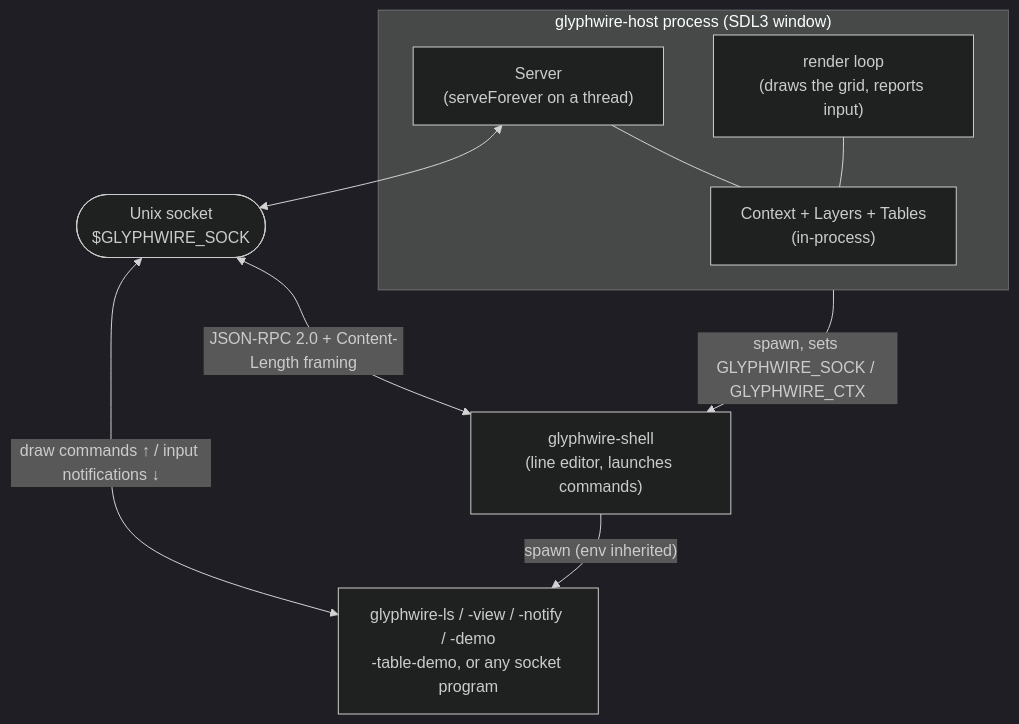
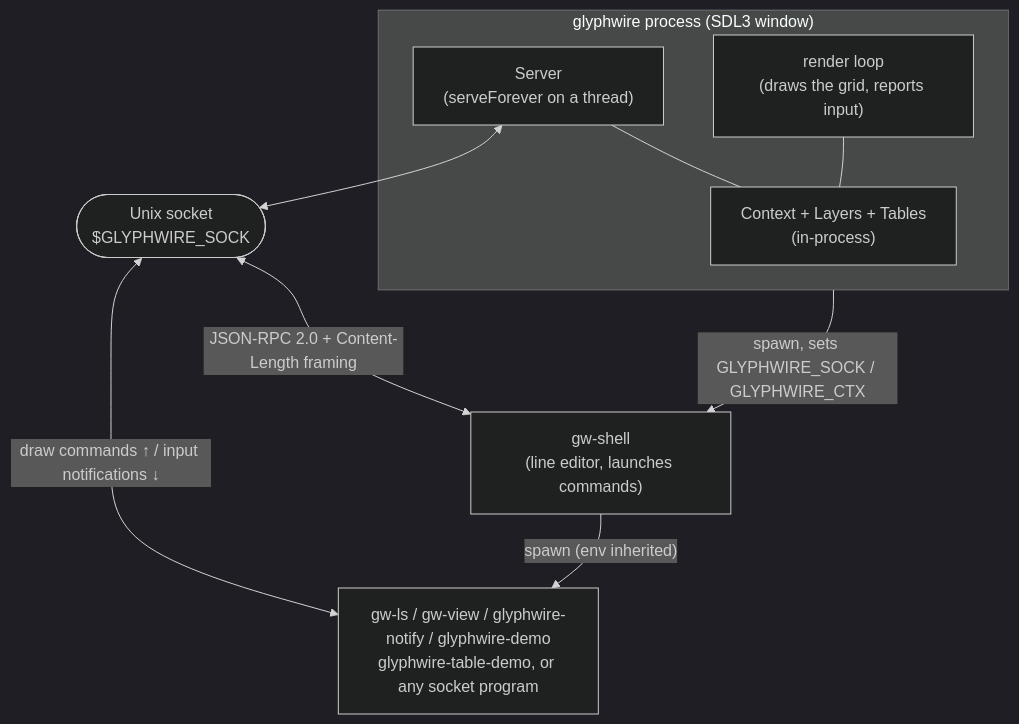
The first of 3 diagrams in README.md (srjilarious/glyphwire), drawn with Mermaid (dark theme) before and after one commit. The commit also changed other lines of this file and 14 other files, not shown here.

````diff
--- a/README.md
+++ b/README.md
@@ -58,22 +58,22 @@
 ```mermaid
 flowchart TB
-    subgraph host["glyphwire-host process (SDL3 window)"]
+    subgraph host["glyphwire process (SDL3 window)"]
         Ctx["Context + Layers + Tables<br/>(in-process)"]
         Srv["Server<br/>(serveForever on a thread)"]
         Render["render loop<br/>(draws the grid, reports input)"]
         Render --- Ctx
         Srv --- Ctx
     end
 
     Sock(["Unix socket<br/>$GLYPHWIRE_SOCK"])
     Srv <--> Sock
 
-    Shell["glyphwire-shell<br/>(line editor, launches commands)"]
-    Clients["glyphwire-ls / -view / -notify / -demo<br/>-table-demo, or any socket program"]
+    Shell["gw-shell<br/>(line editor, launches commands)"]
+    Clients["gw-ls / gw-view / glyphwire-notify / glyphwire-demo<br/>glyphwire-table-demo, or any socket program"]
 
     Sock <-->|"JSON-RPC 2.0 + Content-Length framing"| Shell
     Sock <-->|"draw commands ↑ / input notifications ↓"| Clients
 
     host -->|"spawn, sets GLYPHWIRE_SOCK / GLYPHWIRE_CTX"| Shell
     Shell -->|"spawn (env inherited)"| Clients
 ```
````
